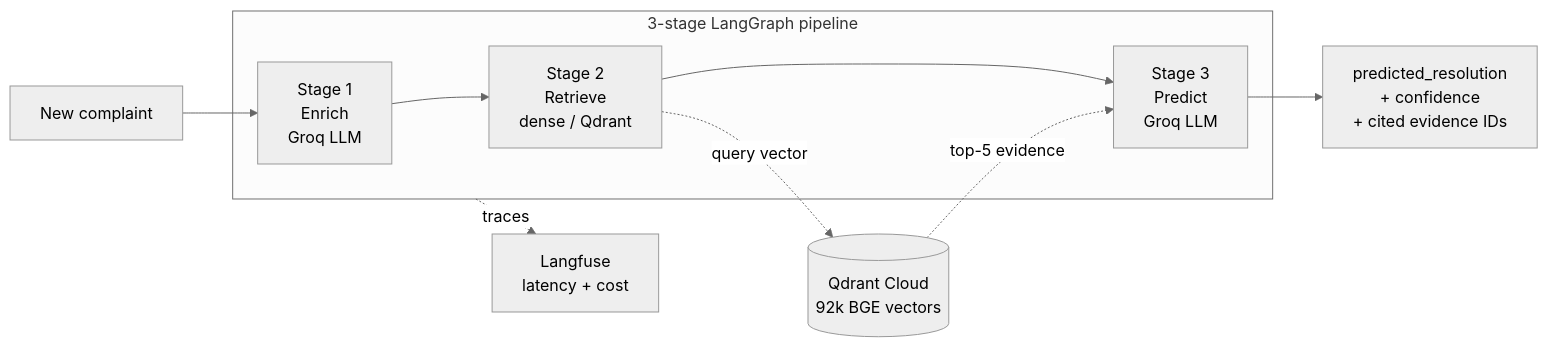
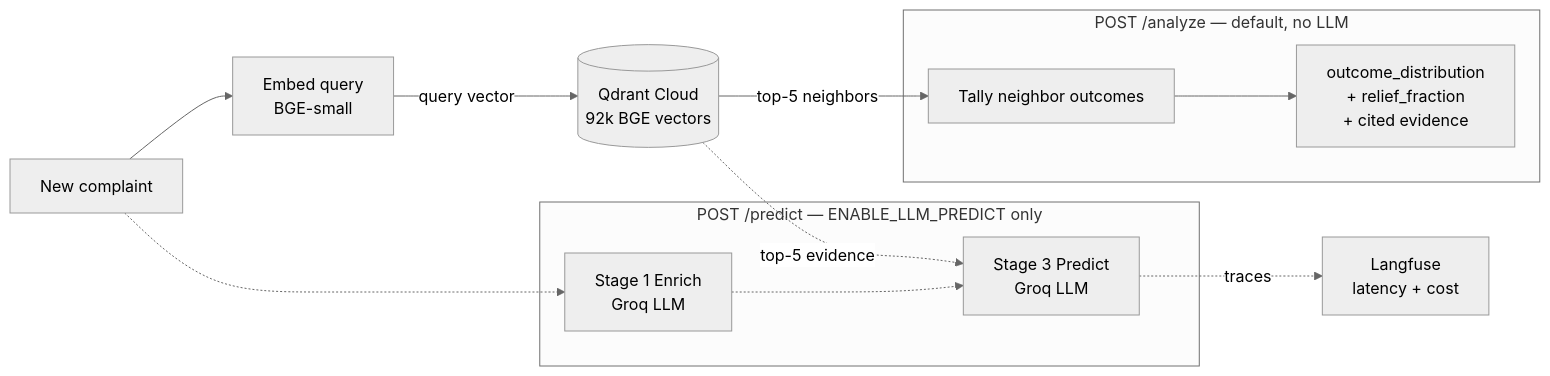
Before and after one commit to apoorvachawda/bank-complaint-rag: the diagram in README.md, drawn with Mermaid (neutral theme). The commit also changed other lines of this file, not shown here.

First line of the commit message:
docs(readme): reframe around /analyze; fix BGE-deployed + ADR count; idle-sleep note

````diff
--- a/README.md
+++ b/README.md
@@ -31,12 +42,17 @@
 ```mermaid
 flowchart LR
-    Q[New complaint] --> E
-    subgraph Pipeline["3-stage LangGraph pipeline"]
-        E[Stage 1<br/>Enrich<br/>Groq LLM] --> R[Stage 2<br/>Retrieve<br/>dense / Qdrant]
-        R --> P[Stage 3<br/>Predict<br/>Groq LLM]
+    Q[New complaint] --> EMB[Embed query<br/>BGE-small]
+    EMB -->|query vector| VDB[(Qdrant Cloud<br/>92k BGE vectors)]
+    VDB -->|top-5 neighbors| AN
+
+    subgraph Public["POST /analyze — default, no LLM"]
+        AN[Tally neighbor outcomes] --> O[outcome_distribution<br/>+ relief_fraction<br/>+ cited evidence]
     end
-    R -.query vector.-> VDB[(Qdrant Cloud<br/>92k BGE vectors)]
-    VDB -.top-5 evidence.-> P
-    P --> O[predicted_resolution<br/>+ confidence<br/>+ cited evidence IDs]
-    Pipeline -.traces.-> LF[Langfuse<br/>latency + cost]
+
+    VDB -.top-5 evidence.-> PP
+    subgraph Gated["POST /predict — ENABLE_LLM_PREDICT only"]
+        E[Stage 1 Enrich<br/>Groq LLM] -.-> PP[Stage 3 Predict<br/>Groq LLM]
+    end
+    Q -.-> E
+    PP -.traces.-> LF[Langfuse<br/>latency + cost]
 ```
````
